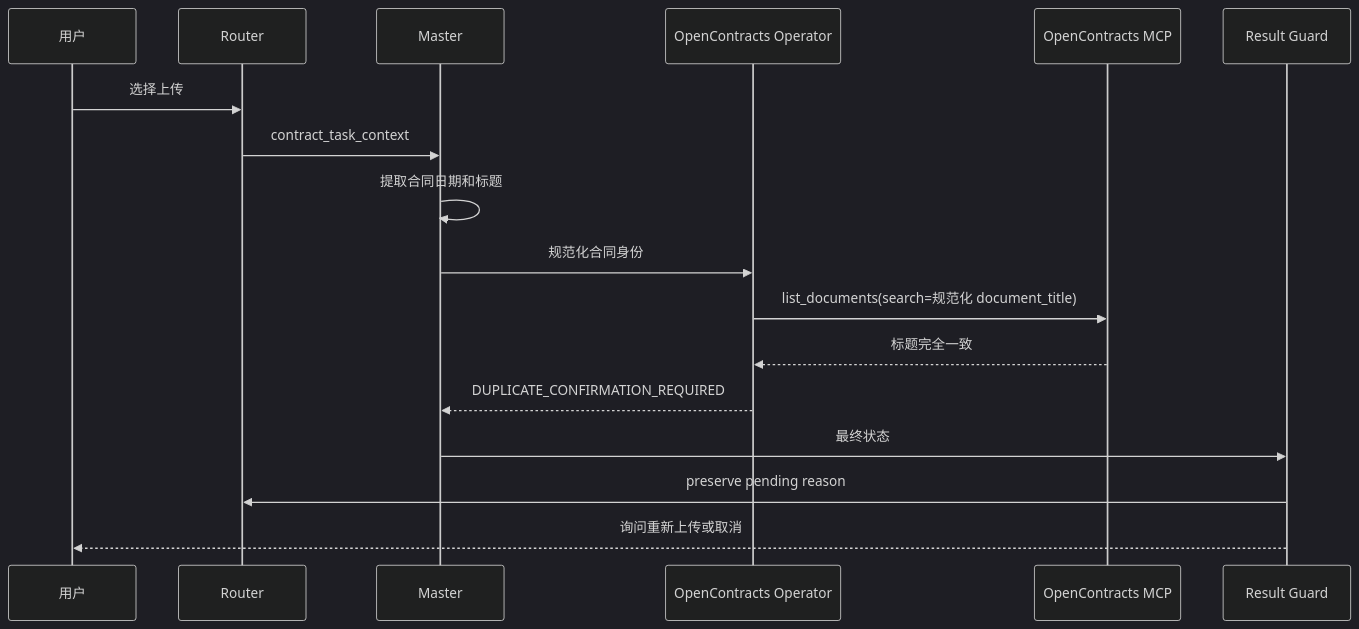
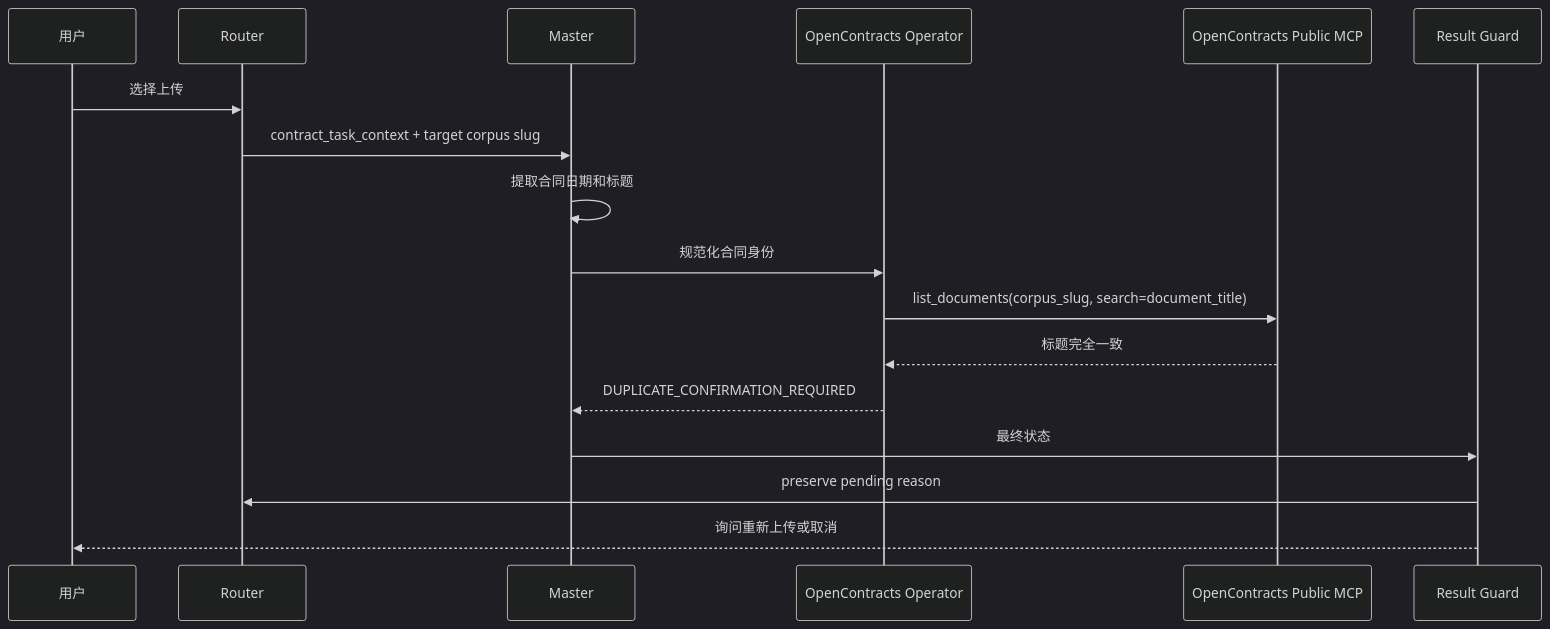
The second of 6 diagrams in docs/architecture/upload-sequence.md (Ri0n72Y/ContractBotConfig), drawn with Mermaid (dark theme) before and after one commit. The commit also changed other lines of this file, not shown here.

Commit message:
update upload sequence for public MCP

````diff
--- a/docs/architecture/upload-sequence.md
+++ b/docs/architecture/upload-sequence.md
@@ -41,20 +41,20 @@
 ```mermaid
 sequenceDiagram
     participant U as 用户
     participant R as Router
     participant M as Master
     participant O as OpenContracts Operator
-    participant MCP as OpenContracts MCP
+    participant MCP as OpenContracts Public MCP
     participant RG as Result Guard
 
     U->>R: 选择上传
-    R->>M: contract_task_context
+    R->>M: contract_task_context + target corpus slug
     M->>M: 提取合同日期和标题
     M->>O: 规范化合同身份
-    O->>MCP: list_documents(search=规范化 document_title)
+    O->>MCP: list_documents(corpus_slug, search=document_title)
     MCP-->>O: 标题完全一致
     O-->>M: DUPLICATE_CONFIRMATION_REQUIRED
     M->>RG: 最终状态
     RG->>R: preserve pending reason
     RG-->>U: 询问重新上传或取消
 ```
````
